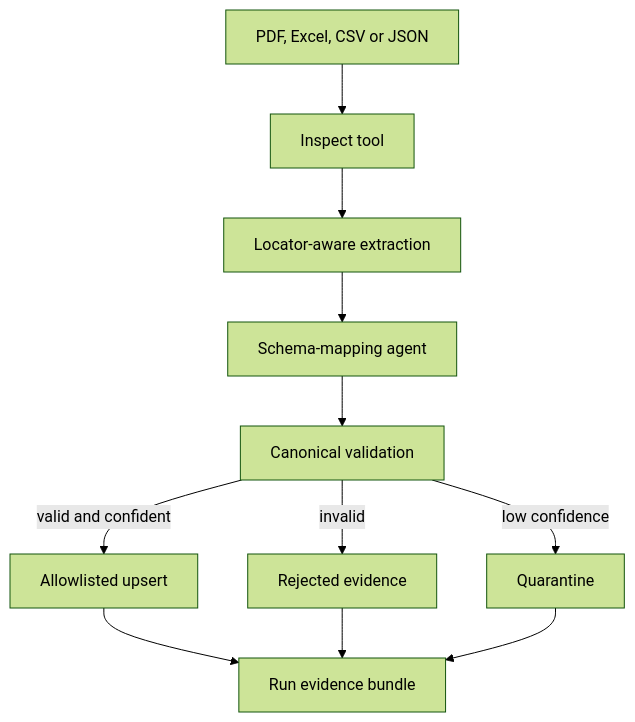
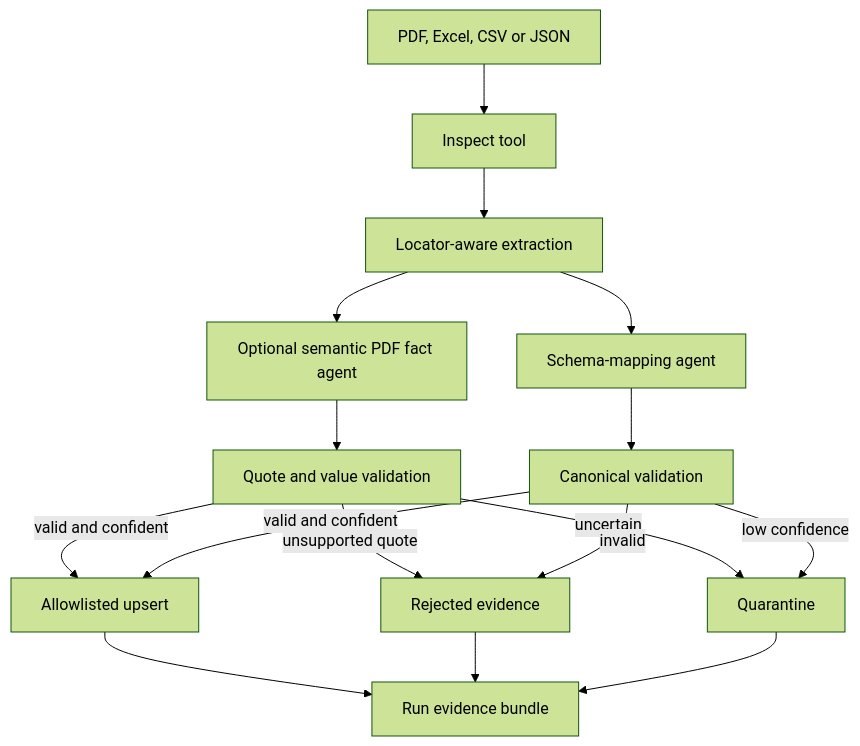
One commit to flintop123/Bits-AI-Demo changed the diagram in docs/AGENTIC_INGESTION_V2.md. Above: the diagram before and after it, drawn with Mermaid (forest theme). The commit also changed other lines of this file and 10 other files, not shown here.

Commit message:
Add quote-grounded semantic PDF fact agent

````diff
--- a/docs/AGENTIC_INGESTION_V2.md
+++ b/docs/AGENTIC_INGESTION_V2.md
@@ -25,13 +30,18 @@
 ```mermaid
 flowchart TD
     A[PDF, Excel, CSV or JSON] --> B[Inspect tool]
     B --> C[Locator-aware extraction]
     C --> D[Schema-mapping agent]
+    C --> J[Optional semantic PDF fact agent]
+    J --> K[Quote and value validation]
+    K -->|valid and confident| F
+    K -->|uncertain| H
+    K -->|unsupported quote| G
     D --> E[Canonical validation]
     E -->|valid and confident| F[Allowlisted upsert]
     E -->|invalid| G[Rejected evidence]
     E -->|low confidence| H[Quarantine]
     F --> I[Run evidence bundle]
     G --> I
     H --> I
 ```
````
